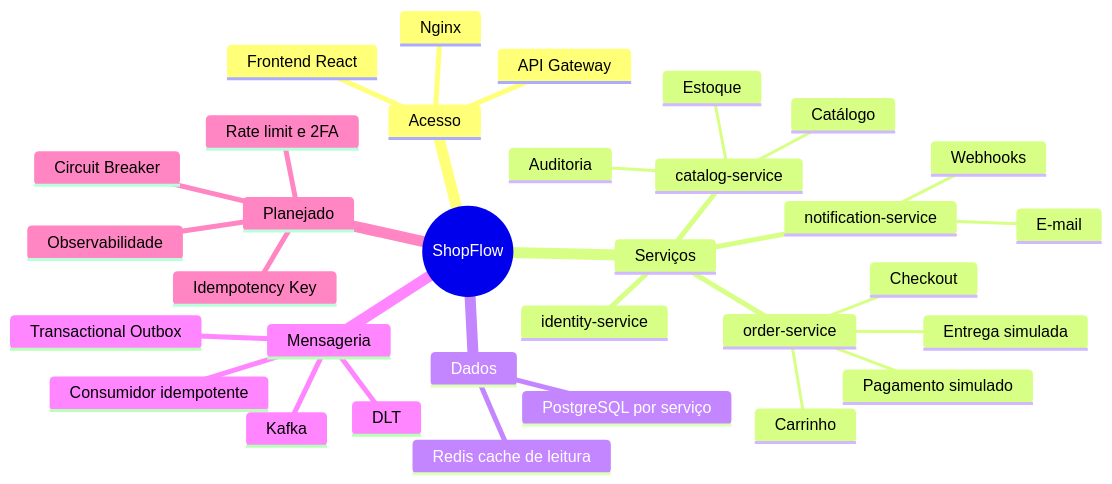
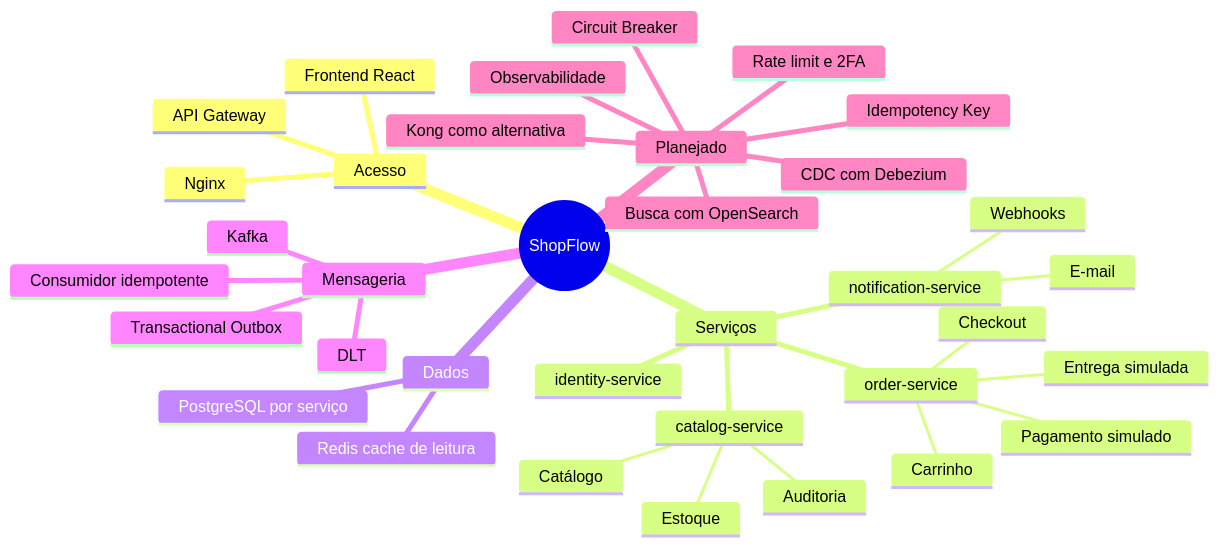
One commit to Matheuscrz/ShopFlow changed the first of 57 diagrams in docs/ARCHITECTURE.md. Above: the diagram before and after it, drawn with Mermaid. The commit also changed other lines of this file and 3 other files, not shown here.

````diff
--- a/docs/ARCHITECTURE.md
+++ b/docs/ARCHITECTURE.md
@@ -51,35 +53,38 @@
 ```mermaid
 mindmap
   root((ShopFlow))
     Acesso
       Frontend React
       Nginx
       API Gateway
     Serviços
       identity-service
       catalog-service
         Catálogo
         Estoque
         Auditoria
       order-service
         Carrinho
         Checkout
         Pagamento simulado
         Entrega simulada
       notification-service
         E-mail
         Webhooks
     Dados
       PostgreSQL por serviço
       Redis cache de leitura
     Mensageria
       Kafka
       Transactional Outbox
       Consumidor idempotente
       DLT
     Planejado
       Observabilidade
       Rate limit e 2FA
       Idempotency Key
       Circuit Breaker
+      CDC com Debezium
+      Busca com OpenSearch
+      Kong como alternativa
 ```
````
